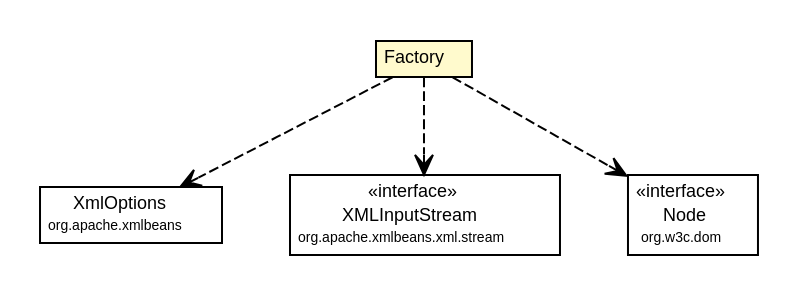
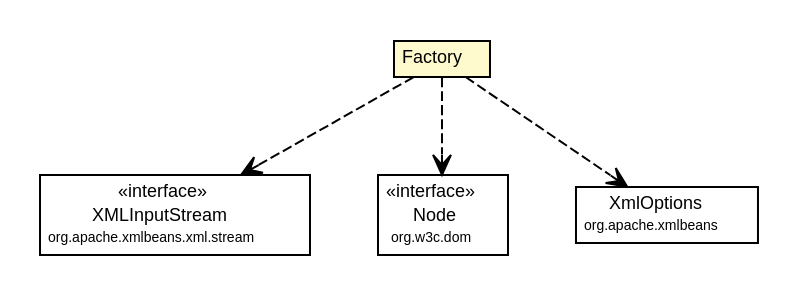
The diagram in site/apidocs/org/synchronoss/cpo/util/cpoUtilConfig/CtCpoUtilConfig.Factory.dot (synchronoss/cpo-util), drawn with Graphviz before and after one commit. The commit also changed 300 other files, not shown here.

Commit message:
Creating site for cpoUtil, 5.1.1-SNAPSHOT

```diff
--- a/site/apidocs/org/synchronoss/cpo/util/cpoUtilConfig/CtCpoUtilConfig.Factory.dot
+++ b/site/apidocs/org/synchronoss/cpo/util/cpoUtilConfig/CtCpoUtilConfig.Factory.dot
@@ -1,45 +1,45 @@
 #!/usr/local/bin/dot
 #
 # Class diagram 
 # Generated by UmlGraph version 4.6 (http://www.spinellis.gr/sw/umlgraph)
 #
 
 digraph G {
 	edge [fontname="Helvetica",fontsize=10,labelfontname="Helvetica",labelfontsize=10];
 	node [fontname="Helvetica",fontsize=10,shape=plaintext];
 	// org.synchronoss.cpo.util.cpoUtilConfig.CtCpoUtilConfig.Factory
 	c5143 [label=<<table border="0" cellborder="1" cellspacing="0" cellpadding="2" port="p" bgcolor="lemonChiffon" href="./CtCpoUtilConfig.Factory.html">
 		<tr><td><table border="0" cellspacing="0" cellpadding="1">
 			<tr><td> Factory </td></tr>
 		</table></td></tr>
 		</table>>, fontname="Helvetica", fontcolor="black", fontsize=9.0];
+	// org.synchronoss.cpo.util.cpoUtilConfig.CtCpoUtilConfig.Factory DEPEND org.apache.xmlbeans.xml.stream.XMLInputStream
+	c5143:p -> c5154:p [taillabel="", label="", headlabel="", fontname="Helvetica", fontcolor="black", fontsize=10.0, color="black", arrowhead=open, style=dashed];
+	// org.synchronoss.cpo.util.cpoUtilConfig.CtCpoUtilConfig.Factory DEPEND org.w3c.dom.Node
+	c5143:p -> c5155:p [taillabel="", label="", headlabel="", fontname="Helvetica", fontcolor="black", fontsize=10.0, color="black", arrowhead=open, style=dashed];
 	// org.synchronoss.cpo.util.cpoUtilConfig.CtCpoUtilConfig.Factory DEPEND org.apache.xmlbeans.XmlOptions
-	c5143:p -> c5154:p [taillabel="", label="", headlabel="", fontname="Helvetica", fontcolor="black", fontsize=10.0, color="black", arrowhead=open, style=dashed];
-	// org.synchronoss.cpo.util.cpoUtilConfig.CtCpoUtilConfig.Factory DEPEND org.apache.xmlbeans.xml.stream.XMLInputStream
-	c5143:p -> c5155:p [taillabel="", label="", headlabel="", fontname="Helvetica", fontcolor="black", fontsize=10.0, color="black", arrowhead=open, style=dashed];
-	// org.synchronoss.cpo.util.cpoUtilConfig.CtCpoUtilConfig.Factory DEPEND org.w3c.dom.Node
 	c5143:p -> c5156:p [taillabel="", label="", headlabel="", fontname="Helvetica", fontcolor="black", fontsize=10.0, color="black", arrowhead=open, style=dashed];
 	// org.apache.xmlbeans.xml.stream.XMLInputStream
-	c5155 [label=<<table border="0" cellborder="1" cellspacing="0" cellpadding="2" port="p" href="http://java.sun.com/j2se/1.4.2/docs/api/org/apache/xmlbeans/xml/stream/XMLInputStream.html">
+	c5154 [label=<<table border="0" cellborder="1" cellspacing="0" cellpadding="2" port="p" href="http://java.sun.com/j2se/1.4.2/docs/api/org/apache/xmlbeans/xml/stream/XMLInputStream.html">
 		<tr><td><table border="0" cellspacing="0" cellpadding="1">
 			<tr><td> &laquo;interface&raquo; </td></tr>
 			<tr><td> XMLInputStream </td></tr>
 			<tr><td><font point-size="7.0"> org.apache.xmlbeans.xml.stream </font></td></tr>
 		</table></td></tr>
 		</table>>, fontname="Helvetica", fontcolor="black", fontsize=9.0];
 	// org.w3c.dom.Node
-	c5156 [label=<<table border="0" cellborder="1" cellspacing="0" cellpadding="2" port="p" href="http://java.sun.com/j2se/1.4.2/docs/api/org/w3c/dom/Node.html">
+	c5155 [label=<<table border="0" cellborder="1" cellspacing="0" cellpadding="2" port="p" href="http://java.sun.com/j2se/1.4.2/docs/api/org/w3c/dom/Node.html">
 		<tr><td><table border="0" cellspacing="0" cellpadding="1">
 			<tr><td> &laquo;interface&raquo; </td></tr>
 			<tr><td> Node </td></tr>
 			<tr><td><font point-size="7.0"> org.w3c.dom </font></td></tr>
 		</table></td></tr>
 		</table>>, fontname="Helvetica", fontcolor="black", fontsize=9.0];
 	// org.apache.xmlbeans.XmlOptions
-	c5154 [label=<<table border="0" cellborder="1" cellspacing="0" cellpadding="2" port="p" href="http://java.sun.com/j2se/1.4.2/docs/api/org/apache/xmlbeans/XmlOptions.html">
+	c5156 [label=<<table border="0" cellborder="1" cellspacing="0" cellpadding="2" port="p" href="http://java.sun.com/j2se/1.4.2/docs/api/org/apache/xmlbeans/XmlOptions.html">
 		<tr><td><table border="0" cellspacing="0" cellpadding="1">
 			<tr><td> XmlOptions </td></tr>
 			<tr><td><font point-size="7.0"> org.apache.xmlbeans </font></td></tr>
 		</table></td></tr>
 		</table>>, fontname="Helvetica", fontcolor="black", fontsize=9.0];
 }
```
